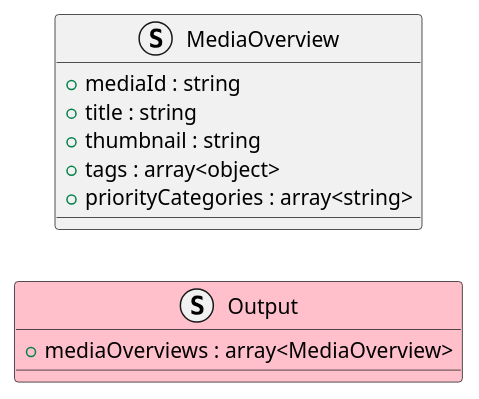
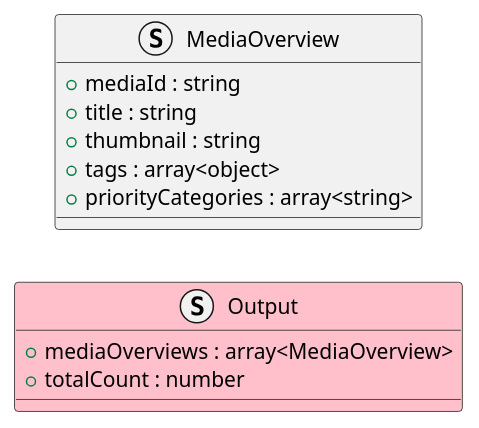
The second of 3 diagrams in doc/4_application/user/query/GetFavoriteSummariesService/readme.md (hachimitu22/MangaViewer), drawn with PlantUML before and after one commit. The commit also changed other lines of this file, not shown here.

````diff
--- a/doc/4_application/user/query/GetFavoriteSummariesService/readme.md
+++ b/doc/4_application/user/query/GetFavoriteSummariesService/readme.md
@@ -28,15 +39,16 @@
 ```plantuml
 left to right direction
 
 struct Output #pink {
     + mediaOverviews : array<MediaOverview>
+    + totalCount : number
 }
 
 struct MediaOverview {
     + mediaId : string
     + title : string
     + thumbnail : string
     + tags : array<object>
     + priorityCategories : array<string>
 }
 ```
````
